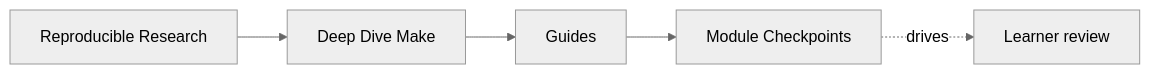
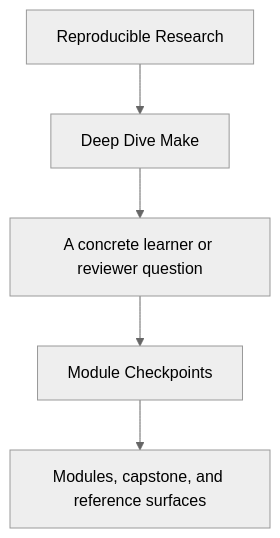
Before and after one commit to bijux/bijux-masterclass: the first of 2 diagrams in programs/reproducible-research/deep-dive-make/course-book/guides/module-checkpoints.md, drawn with Mermaid (neutral theme). The commit also changed other lines of this file and 29 other files, not shown here.

Commit message:
docs(deep-dive-make): sharpen guide and reference diagrams

````diff
--- a/programs/reproducible-research/deep-dive-make/course-book/guides/module-checkpoints.md
+++ b/programs/reproducible-research/deep-dive-make/course-book/guides/module-checkpoints.md
@@ -9,11 +9,7 @@
 ```mermaid
-graph LR
-  family["Reproducible Research"]
-  program["Deep Dive Make"]
-  section["Guides"]
-  page["Module Checkpoints"]
-  review["Learner review"]
-
-  family --> program --> section --> page
-  page -.drives.-> review
+flowchart TD
+  family["Reproducible Research"] --> program["Deep Dive Make"]
+  program --> pressure["A concrete learner or reviewer question"]
+  pressure --> guide["Module Checkpoints"]
+  guide --> next["Modules, capstone, and reference surfaces"]
 ```
````
